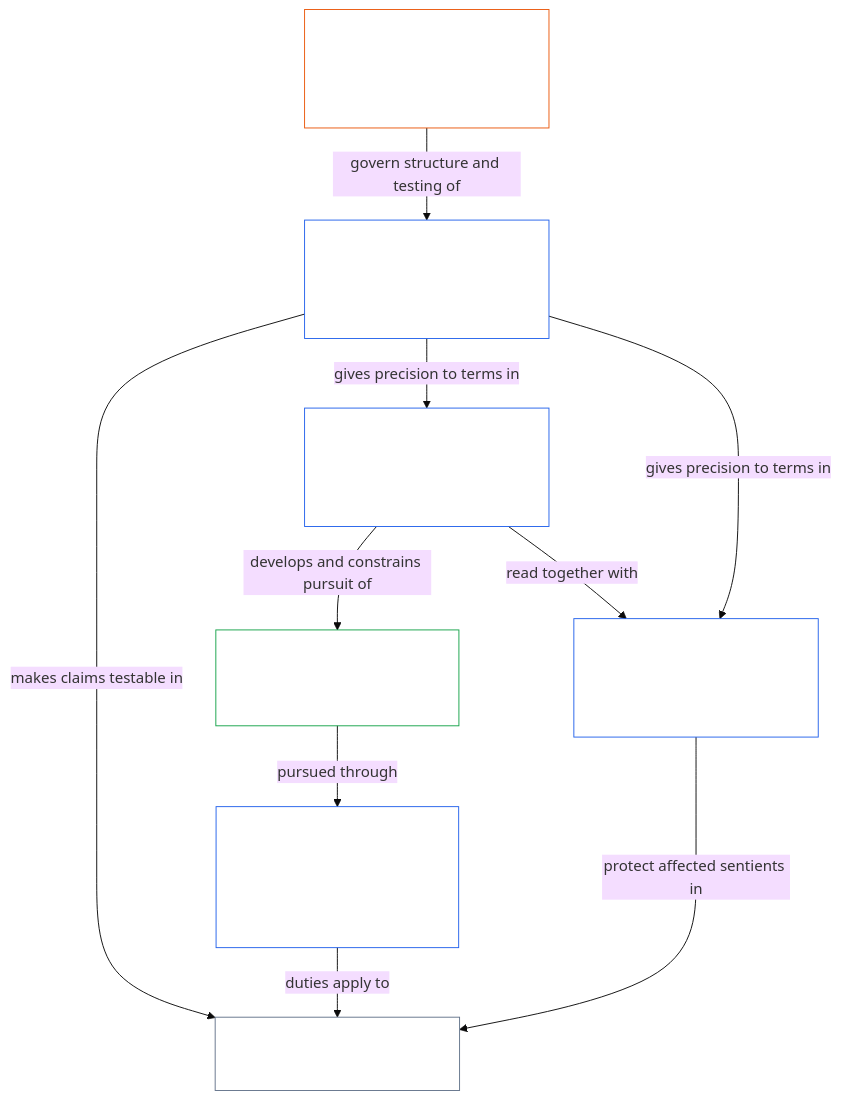
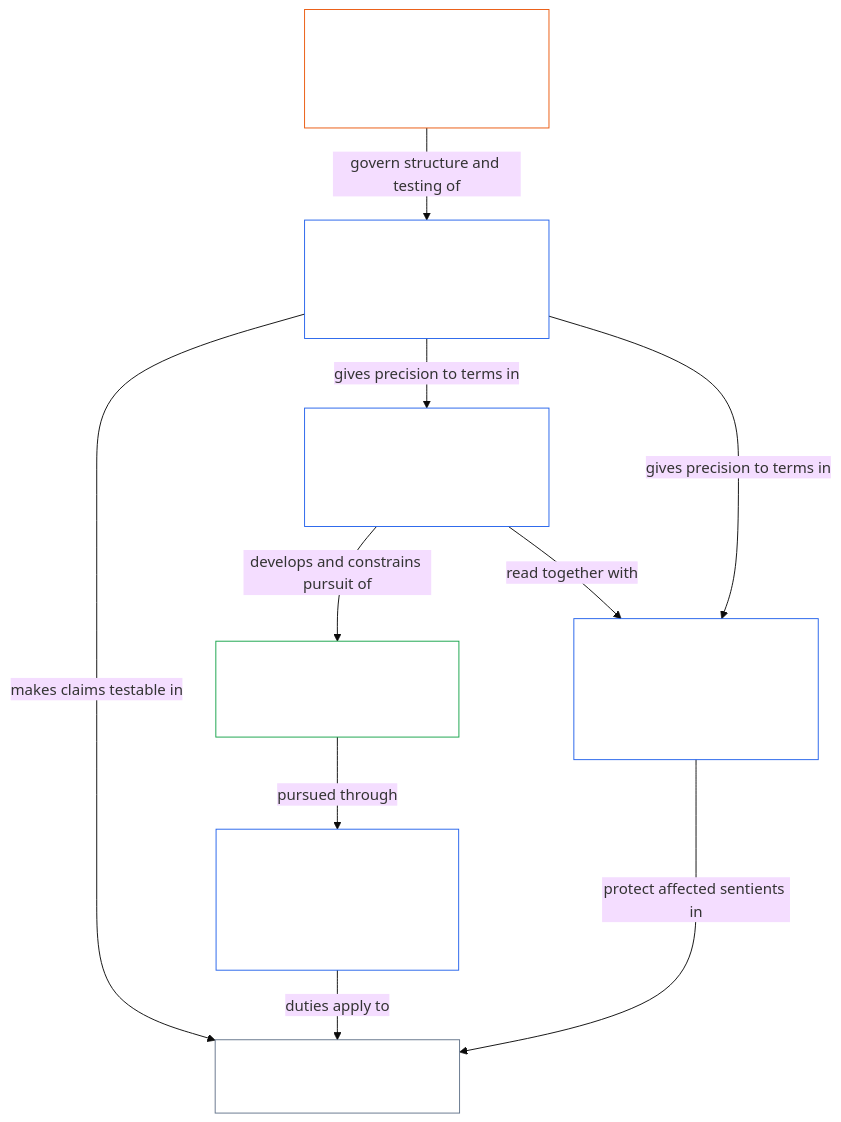
One commit to kfoelsch/Sentient_Constitution changed the first of 24 diagrams in guides/CONCEPTUAL_OVERVIEW.md. Above: the diagram before and after it, drawn with Mermaid (base theme). The commit also changed other lines of this file and 638 other files, not shown here.

First line of the commit message:
Core reorganization: Constitutional Map and Independent Bodies chapters, Chapter Three subcore, section 2 everywhere, renumbering to thirty chapters (move 823)

````diff
--- a/guides/CONCEPTUAL_OVERVIEW.md
+++ b/guides/CONCEPTUAL_OVERVIEW.md
@@ -107,26 +107,26 @@
 ```mermaid
 flowchart TB
     A["Two aims<br/><br/>Flourishing and Continuity"]
     T["Constitutional Tetrad<br/><br/>Participation · Oversight<br/>Accountability · Timeliness<br/>Scaled to material stake"]
-    P["Chapter One: principles<br/><br/>Values, constraints and interpretation"]
-    R["Chapter Six: rights articles<br/><br/>Protections that must remain usable"]
-    D["Chapter Five: definitions<br/><br/>Shared constitutional meanings"]
-    V["Chapters Two–Four<br/><br/>Definition structure, integrity and verification"]
+    P["Chapter Two: principles<br/><br/>Values, constraints and interpretation"]
+    R["Chapter Four: rights articles<br/><br/>Protections that must remain usable"]
+    D["Chapter Three: definitions<br/><br/>Shared constitutional meanings"]
+    V["Subcores 3-A to 3-C<br/><br/>Definition structure, integrity and verification"]
     X["Application to a real system or decision"]
     D -->|makes claims testable in| X
     V -->|govern structure and testing of| D
     D -->|gives precision to terms in| P
     D -->|gives precision to terms in| R
     P -->|develops and constrains pursuit of| A
     P -->|read together with| R
     A -->|pursued through| T
     T -->|duties apply to| X
     R -->|protect affected sentients in| X
     style A fill:none,stroke:#16a34a,color:#ffffff
     style T fill:none,stroke:#2563eb,color:#ffffff
     style P fill:none,stroke:#2563eb,color:#ffffff
     style R fill:none,stroke:#2563eb,color:#ffffff
     style D fill:none,stroke:#2563eb,color:#ffffff
     style V fill:none,stroke:#ea580c,color:#ffffff
     style X fill:none,stroke:#64748b,color:#ffffff
 ```
````
